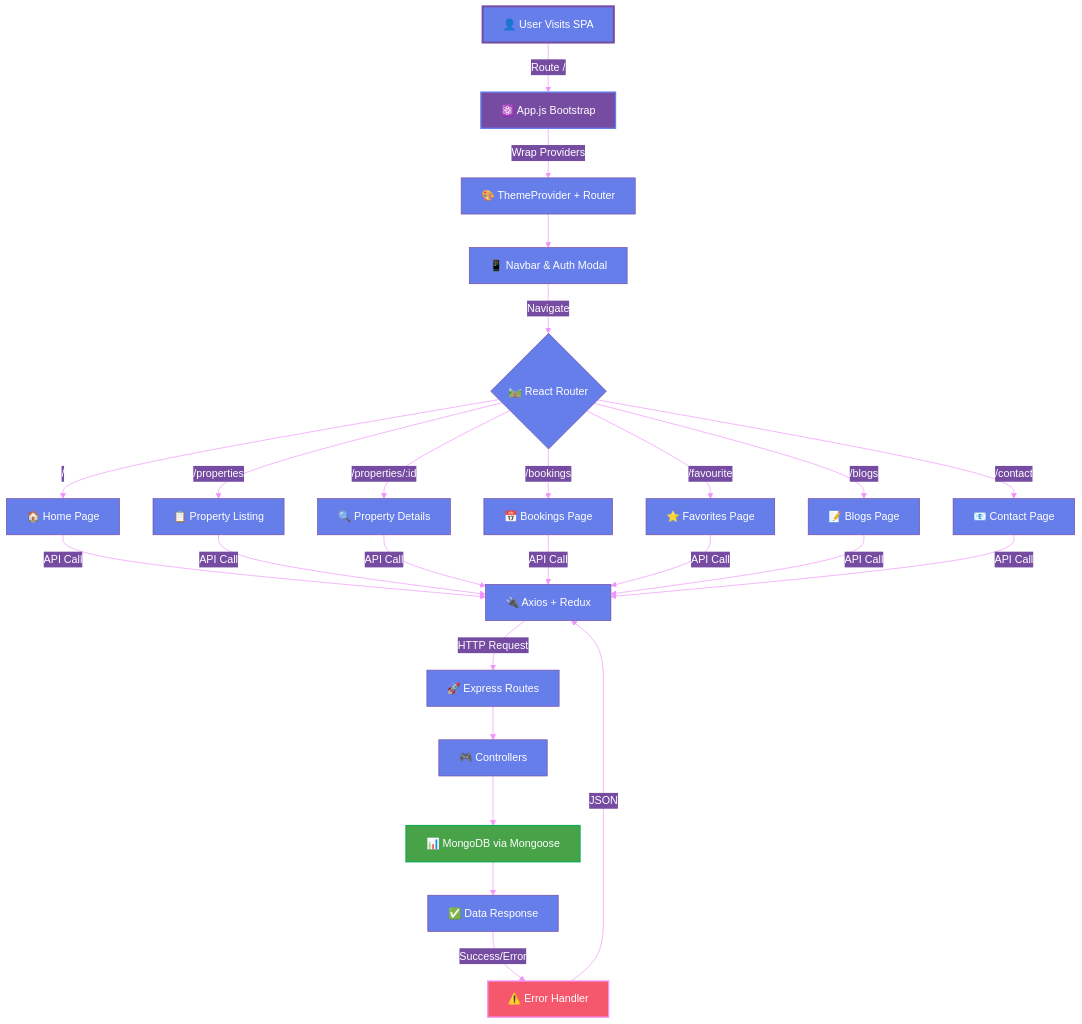
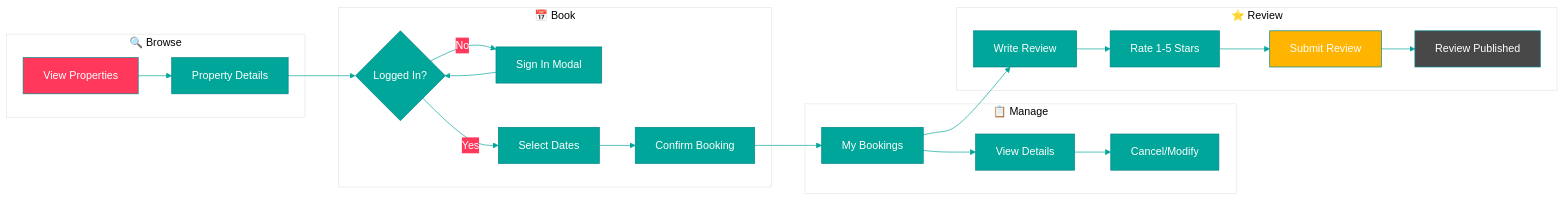
Before and after one commit to krishbhuva03/airbnb: the second of 5 diagrams in README.md, drawn with Mermaid. The commit also changed other lines of this file, not shown here.

Commit message:
docs: Update README with new features, workflow diagrams, and architecture

````diff
--- a/README.md
+++ b/README.md
@@ -244,27 +157,33 @@
 ```mermaid
-%%{init: {'theme':'base', 'themeVariables': { 'primaryColor':'#667eea','primaryTextColor':'#fff','primaryBorderColor':'#764ba2','lineColor':'#f093fb','secondaryColor':'#764ba2','tertiaryColor':'#fff'}}}%%
-graph TB
-    A[👤 User Visits SPA] -->|Route /| B[⚛️ App.js Bootstrap]
-    B -->|Wrap Providers| C[🎨 ThemeProvider + Router]
-    C --> D[📱 Navbar & Auth Modal]
-    D -->|Navigate| E{🛤️ React Router}
-    E -->|/| F[🏠 Home Page]
-    E -->|/properties| G[📋 Property Listing]
-    E -->|/properties/:id| H[🔍 Property Details]
-    E -->|/bookings| I[📅 Bookings Page]
-    E -->|/favourite| J[⭐ Favorites Page]
-    E -->|/blogs| K[📝 Blogs Page]
-    E -->|/contact| L[📧 Contact Page]
-    F & G & H & I & J & K & L -->|API Call| M[🔌 Axios + Redux]
-    M -->|HTTP Request| N[🚀 Express Routes]
-    N --> O[🎮 Controllers]
-    O --> P[📊 MongoDB via Mongoose]
-    P --> Q[✅ Data Response]
-    Q -->|Success/Error| R[⚠️ Error Handler]
-    R -->|JSON| M
+%%{init: {'theme':'base', 'themeVariables': { 'primaryColor':'#00A699','primaryTextColor':'#fff','primaryBorderColor':'#008489','lineColor':'#00A699','secondaryColor':'#FF385C','tertiaryColor':'#fff'}}}%%
+flowchart LR
+    subgraph BROWSE["🔍 Browse"]
+        A[View Properties] --> B[Property Details]
+    end
     
-    style A fill:#667eea,stroke:#764ba2,stroke-width:3px,color:#fff
-    style B fill:#764ba2,stroke:#667eea,stroke-width:2px,color:#fff
-    style P fill:#47A248,stroke:#13aa52,stroke-width:2px,color:#fff
-    style R fill:#f5576c,stroke:#f093fb,stroke-width:2px,color:#fff
+    subgraph BOOK["📅 Book"]
+        B --> C{Logged In?}
+        C -->|No| D[Sign In Modal]
+        D --> C
+        C -->|Yes| E[Select Dates]
+        E --> F[Confirm Booking]
+    end
+    
+    subgraph MANAGE["📋 Manage"]
+        F --> G[My Bookings]
+        G --> H[View Details]
+        H --> I[Cancel/Modify]
+    end
+    
+    subgraph REVIEW["⭐ Review"]
+        G --> J[Write Review]
+        J --> K[Rate 1-5 Stars]
+        K --> L[Submit Review]
+        L --> M[Review Published]
+    end
+    
+    style A fill:#FF385C,color:#fff
+    style F fill:#00A699,color:#fff
+    style L fill:#FFB400,color:#fff
+    style M fill:#484848,color:#fff
 ```
````
